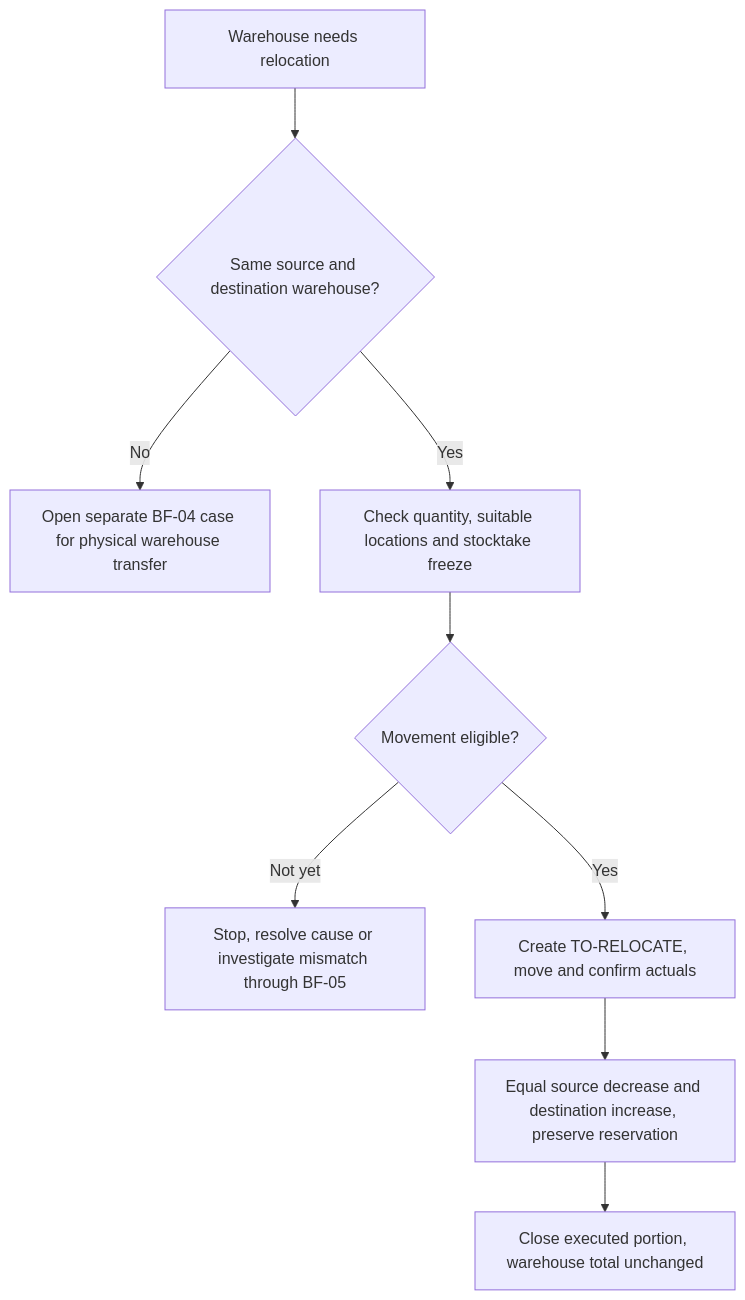
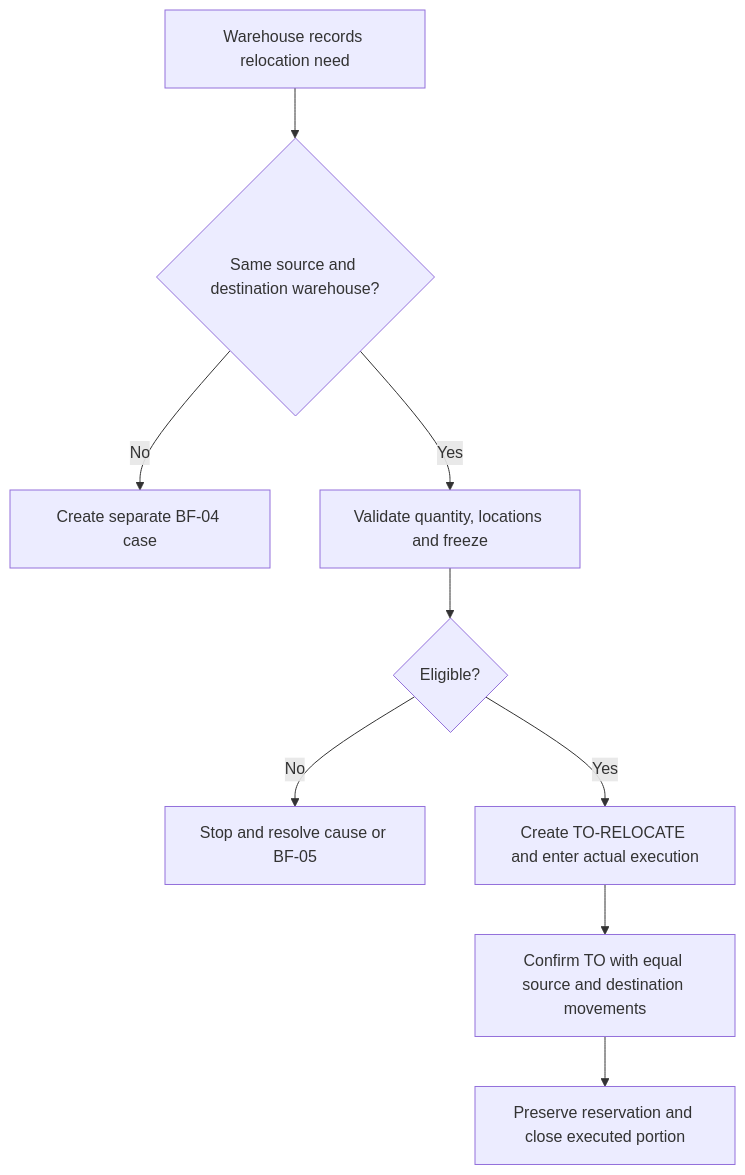
The fourth of 9 diagrams in docs/02_nghiep_vu/de_xuat_quy_trinh_2_EN.md (minhbach032003/docs_doan), drawn with Mermaid before and after one commit. The commit also changed other lines of this file and 3 other files, not shown here.

````diff
--- a/docs/02_nghiep_vu/de_xuat_quy_trinh_2_EN.md
+++ b/docs/02_nghiep_vu/de_xuat_quy_trinh_2_EN.md
@@ -696,11 +710,11 @@
 ```mermaid
 flowchart TD
- A[Warehouse needs relocation] --> B{Same source and destination warehouse?}
- B -->|No| C[Open separate BF-04 case for physical warehouse transfer]
- B -->|Yes| D[Check quantity, suitable locations and stocktake freeze]
- D --> E{Movement eligible?}
- E -->|Not yet| F[Stop, resolve cause or investigate mismatch through BF-05]
- E -->|Yes| G[Create TO-RELOCATE, move and confirm actuals]
- G --> H[Equal source decrease and destination increase, preserve reservation]
- H --> I[Close executed portion, warehouse total unchanged]
+ A[Warehouse records relocation need] --> B{Same source and destination warehouse?}
+ B -->|No| C[Create separate BF-04 case]
+ B -->|Yes| D[Validate quantity, locations and freeze]
+ D --> E{Eligible?}
+ E -->|No| F[Stop and resolve cause or BF-05]
+ E -->|Yes| G[Create TO-RELOCATE and enter actual execution]
+ G --> H[Confirm TO with equal source and destination movements]
+ H --> I[Preserve reservation and close executed portion]
 ```
````
